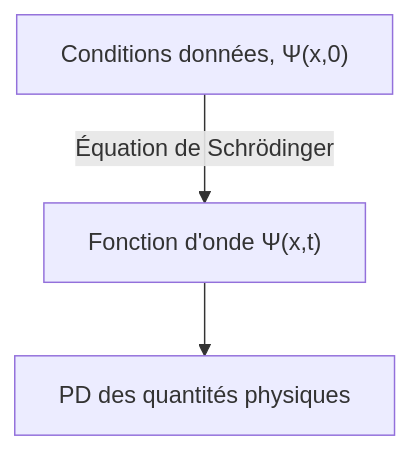
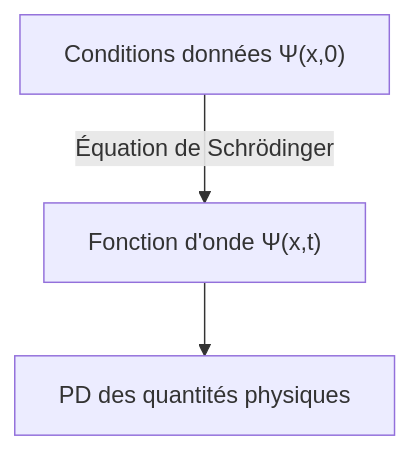
One commit to yunseo-kim/yunseo-kim.github.io changed the second of 2 diagrams in _posts/fr/2024-10-08-schrodinger-equation-and-the-wave-function.md. Above: the diagram before and after it, drawn with Mermaid. The commit also changed other lines of this file and 6 other files, not shown here.

````diff
--- a/_posts/fr/2024-10-08-schrodinger-equation-and-the-wave-function.md
+++ b/_posts/fr/2024-10-08-schrodinger-equation-and-the-wave-function.md
@@ -38,5 +55,5 @@
 ```mermaid
 flowchart TD
-	conditions["Conditions données, Ψ(x,0)"] -- "Équation de Schrödinger" --> x["Fonction d'onde Ψ(x,t)"]
+	conditions["Conditions données Ψ(x,0)"] -- "Équation de Schrödinger" --> x["Fonction d'onde Ψ(x,t)"]
 	x --> quantities["PD des quantités physiques"]
 ```
````
